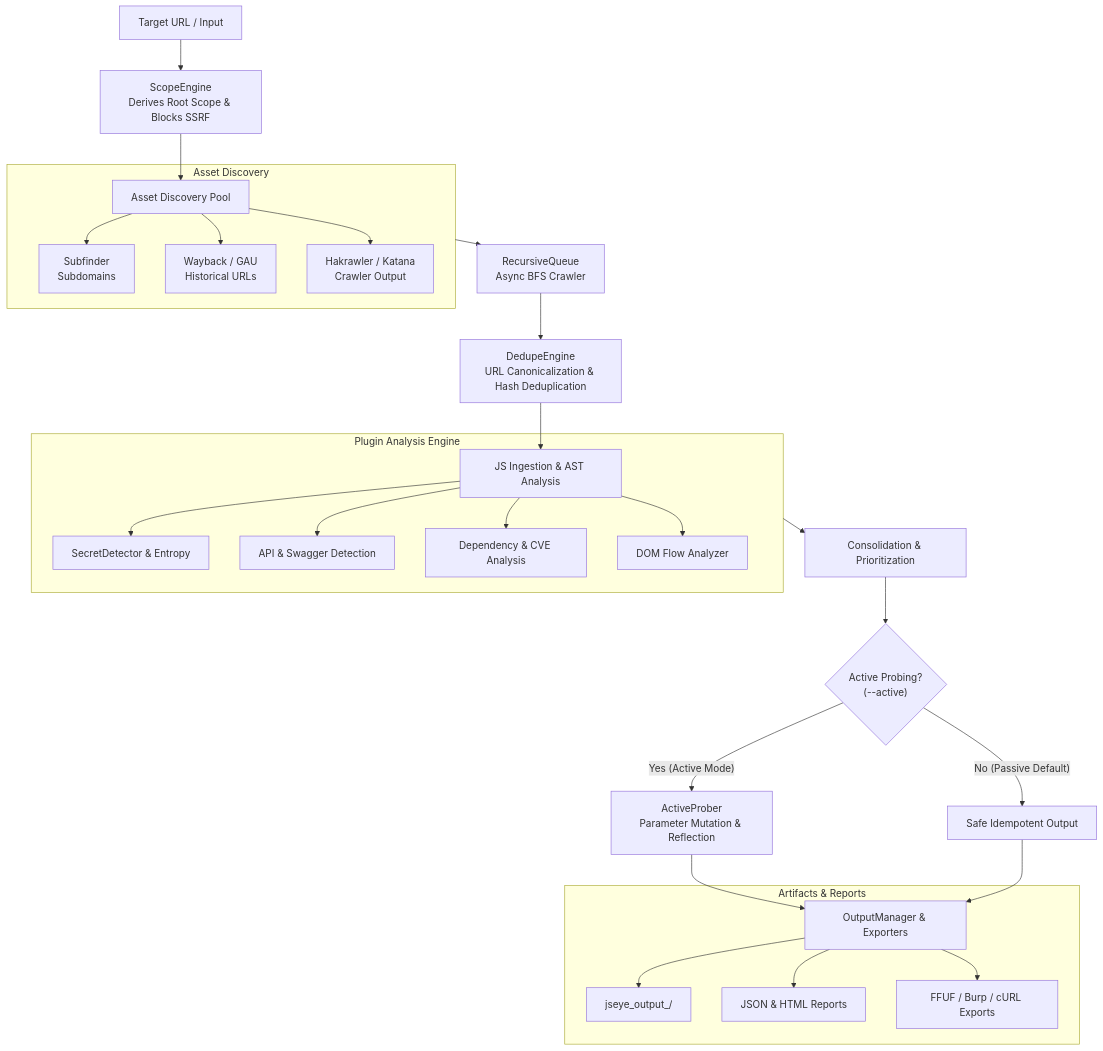
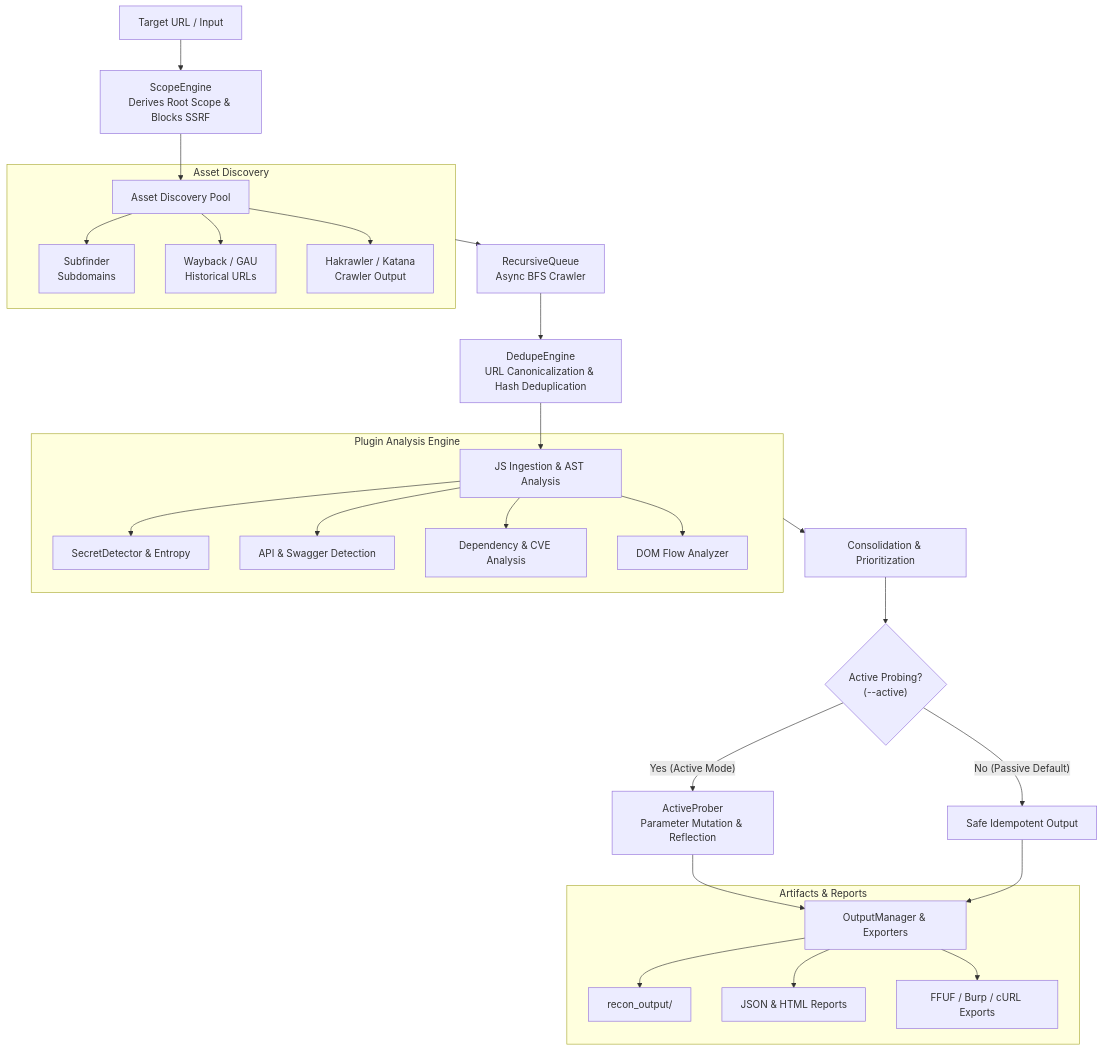
The diagram in README.md (l3tchupkt/JSEye), drawn with Mermaid before and after one commit. The commit also changed other lines of this file and 11 other files, not shown here.

````diff
--- a/README.md
+++ b/README.md
@@ -65,37 +65,37 @@
 ```mermaid
 flowchart TD
     A["Target URL / Input"] --> B["ScopeEngine<br/>Derives Root Scope & Blocks SSRF"]
     B --> C["Asset Discovery Pool"]
     
     subgraph Discovery ["Asset Discovery"]
         C --> D1["Subfinder<br/>Subdomains"]
         C --> D2["Wayback / GAU<br/>Historical URLs"]
         C --> D3["Hakrawler / Katana<br/>Crawler Output"]
     end
     
     Discovery --> E["RecursiveQueue<br/>Async BFS Crawler"]
     E --> F["DedupeEngine<br/>URL Canonicalization & Hash Deduplication"]
     F --> G["JS Ingestion & AST Analysis"]
     
     subgraph Analysis ["Plugin Analysis Engine"]
         G --> P1["SecretDetector & Entropy"]
         G --> P2["API & Swagger Detection"]
         G --> P3["Dependency & CVE Analysis"]
         G --> P4["DOM Flow Analyzer"]
     end
     
     Analysis --> H["Consolidation & Prioritization"]
     H --> I{"Active Probing?<br/>(--active)"}
     
     I -- "Yes (Active Mode)" --> J["ActiveProber<br/>Parameter Mutation & Reflection"]
     I -- "No (Passive Default)" --> K["Safe Idempotent Output"]
     
     J --> L["OutputManager & Exporters"]
     K --> L
     
     subgraph Outputs ["Artifacts & Reports"]
-        L --> M1["jseye_output_<timestamp>/"]
+        L --> M1["recon_output/"]
         L --> M2["JSON & HTML Reports"]
         L --> M3["FFUF / Burp / cURL Exports"]
     end
 ```
````
